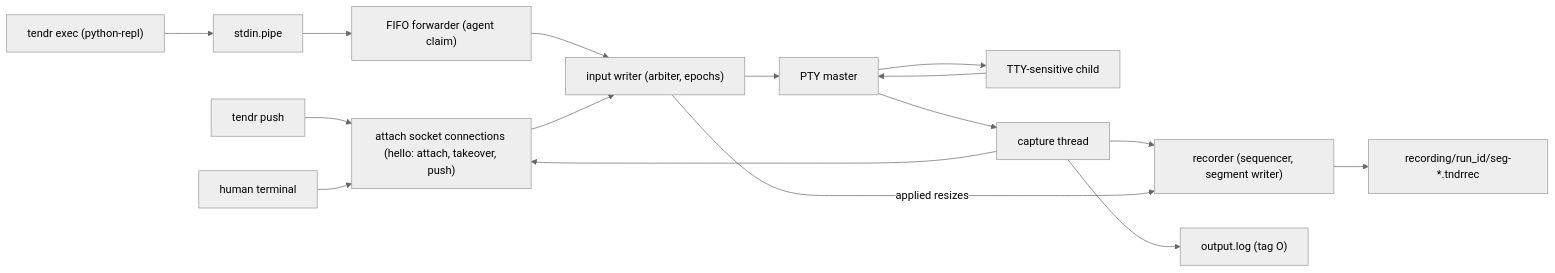
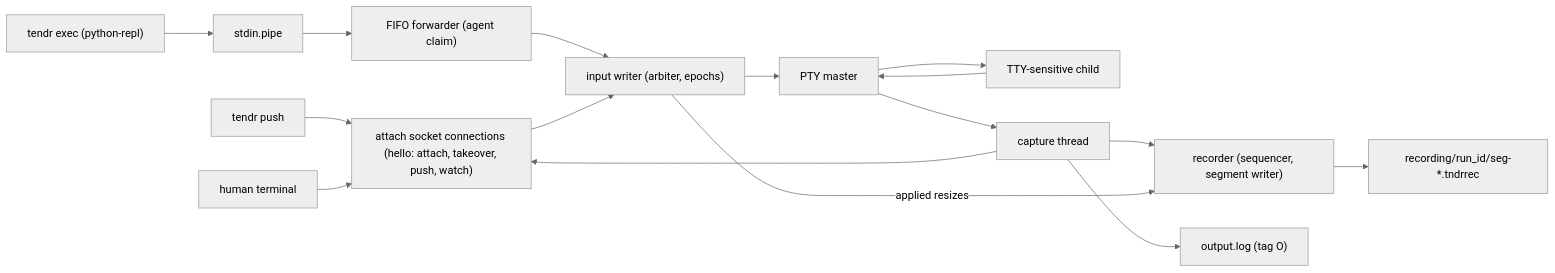
One commit to grumpydevorg/tendr changed the second of 2 diagrams in docs/architecture/04-pty-lane.md. Above: the diagram before and after it, drawn with Mermaid (neutral theme). The commit also changed other lines of this file and 13 other files, not shown here.

````diff
--- a/docs/architecture/04-pty-lane.md
+++ b/docs/architecture/04-pty-lane.md
@@ -30,18 +30,18 @@
 ```mermaid
 flowchart LR
     Push["tendr push"] --> Attach
     Exec["tendr exec (python-repl)"] --> FIFO["stdin.pipe"]
     FIFO --> Forwarder["FIFO forwarder (agent claim)"]
-    Human["human terminal"] --> Attach["attach socket connections (hello: attach, takeover, push)"]
+    Human["human terminal"] --> Attach["attach socket connections (hello: attach, takeover, push, watch)"]
     Forwarder --> Writer["input writer (arbiter, epochs)"]
     Attach --> Writer
     Writer --> PTY["PTY master"]
     PTY --> Child["TTY-sensitive child"]
     Child --> PTY
     PTY --> Capture["capture thread"]
     Capture --> Recorder["recorder (sequencer, segment writer)"]
     Writer -- "applied resizes" --> Recorder
     Recorder --> Segments["recording/run_id/seg-*.tndrrec"]
     Capture --> Log["output.log (tag O)"]
     Capture --> Attach
 ```
````
